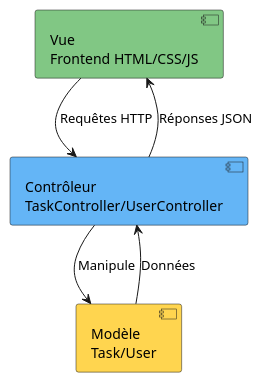
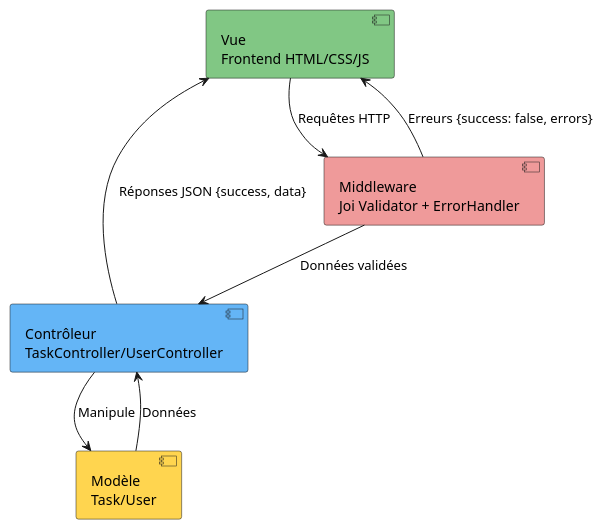
The diagram in diagramme/mvc.puml (malek0501/DoneProject), drawn with PlantUML before and after one commit. The commit also changed 20 other files, not shown here.

First line of the commit message:
✅ DONE-27: Implémentation validation Joi + tests Jest + gestion erreurs + MongoDB

```diff
--- a/diagramme/mvc.puml
+++ b/diagramme/mvc.puml
@@ -1,10 +1,13 @@
 @startuml
 component "Vue\nFrontend HTML/CSS/JS" as Vue #81C784
+component "Middleware\nJoi Validator + ErrorHandler" as Middleware #EF9A9A
 component "Contrôleur\nTaskController/UserController" as Controleur #64B5F6
 component "Modèle\nTask/User" as Modele #FFD54F
 
-Vue -down-> Controleur : Requêtes HTTP
+Vue -down-> Middleware : Requêtes HTTP
+Middleware -down-> Controleur : Données validées
 Controleur -down-> Modele : Manipule
 Modele -up-> Controleur : Données
-Controleur -up-> Vue : Réponses JSON
+Controleur -up-> Vue : Réponses JSON {success, data}
+Middleware -up-> Vue : Erreurs {success: false, errors}
 @enduml
```
